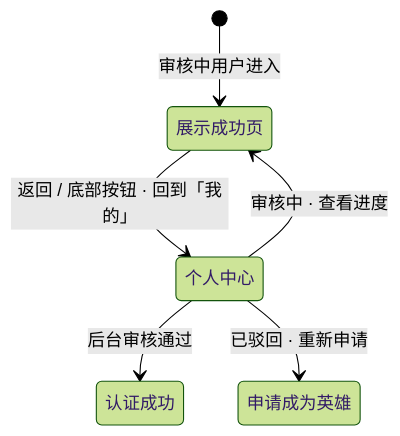
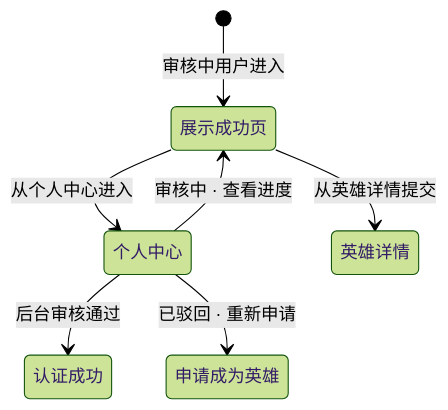
Before and after one commit to cgd1093702532-star/personal-site: the diagram in docs/miniprogram/pages/申请提交成功.md, drawn with Mermaid (forest theme). The commit also changed other lines of this file and 113 other files, not shown here.

First line of the commit message:
feat: 预览总览大全、配图防丢与报名名单/禁用弹窗等体验更新

````diff
--- a/docs/miniprogram/pages/申请提交成功.md
+++ b/docs/miniprogram/pages/申请提交成功.md
@@ -64,8 +66,9 @@
 ```mermaid
 stateDiagram-v2
   [*] --> 展示成功页: 审核中用户进入
-  展示成功页 --> 个人中心: 返回 / 底部按钮 · 回到「我的」
+  展示成功页 --> 个人中心: 从个人中心进入
+  展示成功页 --> 英雄详情: 从英雄详情提交
   个人中心 --> 展示成功页: 审核中 · 查看进度
   个人中心 --> 认证成功: 后台审核通过
   个人中心 --> 申请成为英雄: 已驳回 · 重新申请
 ```
````
